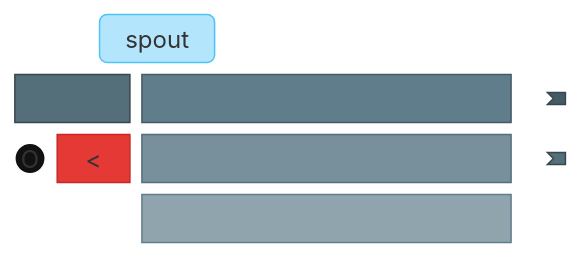
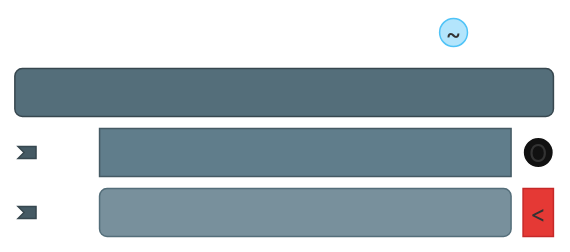
One commit to Minimalistic/marsh.city changed the second of 3 diagrams in src/content/playground/mermaid-zoo.md. Above: the diagram before and after it, drawn with Mermaid.

Commit message:
fix: rework whale silhouette in mermaid zoo
Switched to a 4-row layout with a stadium-shape body top and
underbelly, eye and mouth aligned to the body's right edge, and
flukes stacked at the tail. Reads more like a whale and less like
stacked grey bars.

````diff
--- a/src/content/playground/mermaid-zoo.md
+++ b/src/content/playground/mermaid-zoo.md
@@ -29,18 +29,17 @@
 ```mermaid
 block-beta
-  columns 15
-  space:3 SP("spout"):3 space:9
-  space:1 HD["          "]:3 BD["                                  "]:9 FK1>" "]:2
-  space:1 EY(("O")):1 MW["<"]:2 BL["                                  "]:9 FK2>" "]:2
-  space:4 UB["                    "]:9 space:2
+  columns 14
+  space:11 SP(("~")):1 space:2
+  space:1 BT("                                                          "):13
+  FK1>" "]:3 BD["                                                "]:10 EY(("O")):1
+  FK2>" "]:3 UB("                                                "):10 MO["<"]:1
 
   style SP fill:#B3E5FC,stroke:#4FC3F7,color:#01579B
-  style HD fill:#546E7A,stroke:#37474F,color:#546E7A
+  style BT fill:#546E7A,stroke:#37474F,color:#546E7A
   style BD fill:#607D8B,stroke:#455A64,color:#607D8B
-  style BL fill:#78909C,stroke:#546E7A,color:#78909C
-  style UB fill:#90A4AE,stroke:#607D8B,color:#90A4AE
+  style UB fill:#78909C,stroke:#546E7A,color:#78909C
   style FK1 fill:#455A64,stroke:#37474F,color:#455A64
-  style FK2 fill:#546E7A,stroke:#37474F,color:#546E7A
+  style FK2 fill:#455A64,stroke:#37474F,color:#455A64
   style EY fill:#111,stroke:#fff,color:#fff
-  style MW fill:#E53935,stroke:#C62828,color:#fff
+  style MO fill:#E53935,stroke:#C62828,color:#fff
 ```
````
